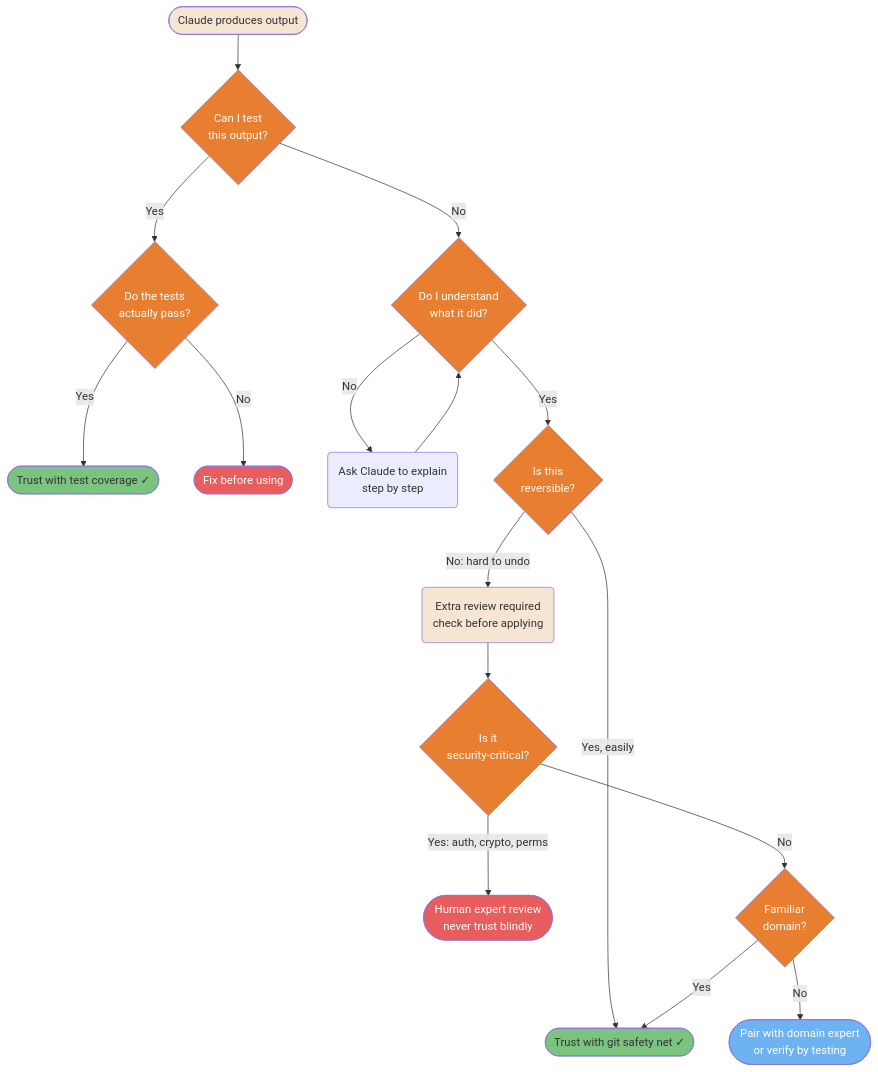
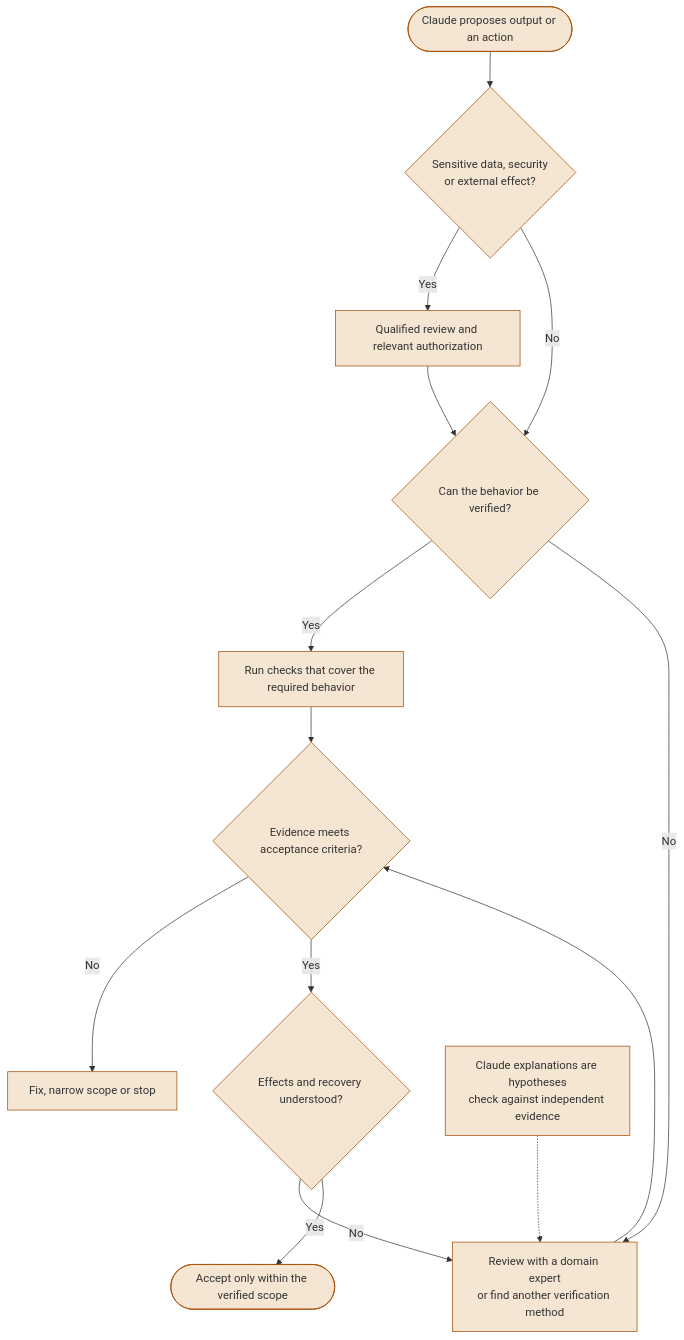
One commit to FlorianBruniaux/claude-code-ultimate-guide changed the third of 3 diagrams in guide/diagrams/10-adoption-and-learning.md. Above: the diagram before and after it, drawn with Mermaid. The commit also changed other lines of this file and 17 other files, not shown here.

Commit message:
docs: refresh all diagrams and correct their source guidance

````diff
--- a/guide/diagrams/10-adoption-and-learning.md
+++ b/guide/diagrams/10-adoption-and-learning.md
@@ -150,51 +127,30 @@
 ```mermaid
 flowchart TD
-    A([Claude produces output]) --> B{Can I test<br/>this output?}
+    A([Claude proposes output or an action]) --> B{Sensitive data, security<br/>or external effect?}
+    B -->|Yes| C[Qualified review and relevant authorization]
+    C --> D{Can the behavior be verified?}
+    B -->|No| D
+    D -->|Yes| E[Run checks that cover the required behavior]
+    E --> F{Evidence meets acceptance criteria?}
+    F -->|No| G[Fix, narrow scope or stop]
+    F -->|Yes| H{Effects and recovery understood?}
+    D -->|No| I[Review with a domain expert<br/>or find another verification method]
+    I --> F
+    H -->|No| I
+    H -->|Yes| J([Accept only within the verified scope])
+    K[Claude explanations are hypotheses<br/>check against independent evidence] -.-> I
 
-    B -->|Yes| C{Do the tests<br/>actually pass?}
-    C -->|Yes| D([Trust with test coverage ✓])
-    C -->|No| E([Fix before using])
-
-    B -->|No| F{Do I understand<br/>what it did?}
-    F -->|No| G(Ask Claude to explain<br/>step by step)
-    G --> F
-
-    F -->|Yes| H{Is this<br/>reversible?}
-    H -->|Yes, easily| I([Trust with git safety net ✓])
-    H -->|No: hard to undo| J(Extra review required<br/>check before applying)
-    J --> K{Is it<br/>security-critical?}
-
-    K -->|Yes: auth, crypto, perms| L([Human expert review<br/>never trust blindly])
-    K -->|No| M{Familiar<br/>domain?}
-    M -->|Yes| I
-    M -->|No| N([Pair with domain expert<br/>or verify by testing])
-
-    style A fill:#F5E6D3,color:#333
-    style B fill:#E87E2F,color:#fff
-    style C fill:#E87E2F,color:#fff
-    style F fill:#E87E2F,color:#fff
-    style H fill:#E87E2F,color:#fff
-    style K fill:#E87E2F,color:#fff
-    style M fill:#E87E2F,color:#fff
-    style D fill:#7BC47F,color:#333
-    style I fill:#7BC47F,color:#333
-    style E fill:#E85D5D,color:#fff
-    style L fill:#E85D5D,color:#fff
-    style N fill:#6DB3F2,color:#fff
-    style J fill:#F5E6D3,color:#333
-
-    click A href "https://github.com/FlorianBruniaux/claude-code-ultimate-guide/blob/main/guide/ultimate-guide.md#17-trust-calibration-when-and-how-much-to-verify" "Claude produces output"
-    click B href "https://github.com/FlorianBruniaux/claude-code-ultimate-guide/blob/main/guide/ultimate-guide.md#17-trust-calibration-when-and-how-much-to-verify" "Can I test this output?"
-    click C href "https://github.com/FlorianBruniaux/claude-code-ultimate-guide/blob/main/guide/ultimate-guide.md#17-trust-calibration-when-and-how-much-to-verify" "Do the tests pass?"
-    click D href "https://github.com/FlorianBruniaux/claude-code-ultimate-guide/blob/main/guide/ultimate-guide.md#17-trust-calibration-when-and-how-much-to-verify" "Trust with test coverage"
-    click E href "https://github.com/FlorianBruniaux/claude-code-ultimate-guide/blob/main/guide/ultimate-guide.md#17-trust-calibration-when-and-how-much-to-verify" "Fix before using"
-    click F href "https://github.com/FlorianBruniaux/claude-code-ultimate-guide/blob/main/guide/ultimate-guide.md#17-trust-calibration-when-and-how-much-to-verify" "Do I understand what it did?"
-    click G href "https://github.com/FlorianBruniaux/claude-code-ultimate-guide/blob/main/guide/ultimate-guide.md#17-trust-calibration-when-and-how-much-to-verify" "Ask Claude to explain"
-    click H href "https://github.com/FlorianBruniaux/claude-code-ultimate-guide/blob/main/guide/ultimate-guide.md#17-trust-calibration-when-and-how-much-to-verify" "Is this reversible?"
-    click I href "https://github.com/FlorianBruniaux/claude-code-ultimate-guide/blob/main/guide/ultimate-guide.md#17-trust-calibration-when-and-how-much-to-verify" "Trust with git safety net"
-    click J href "https://github.com/FlorianBruniaux/claude-code-ultimate-guide/blob/main/guide/ultimate-guide.md#17-trust-calibration-when-and-how-much-to-verify" "Extra review required"
-    click K href "https://github.com/FlorianBruniaux/claude-code-ultimate-guide/blob/main/guide/ultimate-guide.md#17-trust-calibration-when-and-how-much-to-verify" "Is it security-critical?"
-    click L href "https://github.com/FlorianBruniaux/claude-code-ultimate-guide/blob/main/guide/ultimate-guide.md#17-trust-calibration-when-and-how-much-to-verify" "Human expert review"
-    click M href "https://github.com/FlorianBruniaux/claude-code-ultimate-guide/blob/main/guide/ultimate-guide.md#17-trust-calibration-when-and-how-much-to-verify" "Familiar domain?"
-    click N href "https://github.com/FlorianBruniaux/claude-code-ultimate-guide/blob/main/guide/ultimate-guide.md#17-trust-calibration-when-and-how-much-to-verify" "Pair with domain expert"
+    classDef diagramNode fill:#F5E6D3,color:#333,stroke:#A64B00
+    class A,B,C,D,E,F,G,H,I,J,K diagramNode
+    click A href "https://github.com/FlorianBruniaux/claude-code-ultimate-guide/blob/main/guide/ultimate-guide.md#17-trust-calibration-when-and-how-much-to-verify" "View in guide"
+    click B href "https://github.com/FlorianBruniaux/claude-code-ultimate-guide/blob/main/guide/ultimate-guide.md#17-trust-calibration-when-and-how-much-to-verify" "View in guide"
+    click C href "https://github.com/FlorianBruniaux/claude-code-ultimate-guide/blob/main/guide/ultimate-guide.md#17-trust-calibration-when-and-how-much-to-verify" "View in guide"
+    click D href "https://github.com/FlorianBruniaux/claude-code-ultimate-guide/blob/main/guide/ultimate-guide.md#17-trust-calibration-when-and-how-much-to-verify" "View in guide"
+    click E href "https://github.com/FlorianBruniaux/claude-code-ultimate-guide/blob/main/guide/ultimate-guide.md#17-trust-calibration-when-and-how-much-to-verify" "View in guide"
+    click F href "https://github.com/FlorianBruniaux/claude-code-ultimate-guide/blob/main/guide/ultimate-guide.md#17-trust-calibration-when-and-how-much-to-verify" "View in guide"
+    click G href "https://github.com/FlorianBruniaux/claude-code-ultimate-guide/blob/main/guide/ultimate-guide.md#17-trust-calibration-when-and-how-much-to-verify" "View in guide"
+    click H href "https://github.com/FlorianBruniaux/claude-code-ultimate-guide/blob/main/guide/ultimate-guide.md#17-trust-calibration-when-and-how-much-to-verify" "View in guide"
+    click I href "https://github.com/FlorianBruniaux/claude-code-ultimate-guide/blob/main/guide/ultimate-guide.md#17-trust-calibration-when-and-how-much-to-verify" "View in guide"
+    click J href "https://github.com/FlorianBruniaux/claude-code-ultimate-guide/blob/main/guide/ultimate-guide.md#17-trust-calibration-when-and-how-much-to-verify" "View in guide"
+    click K href "https://github.com/FlorianBruniaux/claude-code-ultimate-guide/blob/main/guide/ultimate-guide.md#17-trust-calibration-when-and-how-much-to-verify" "View in guide"
 ```
````
